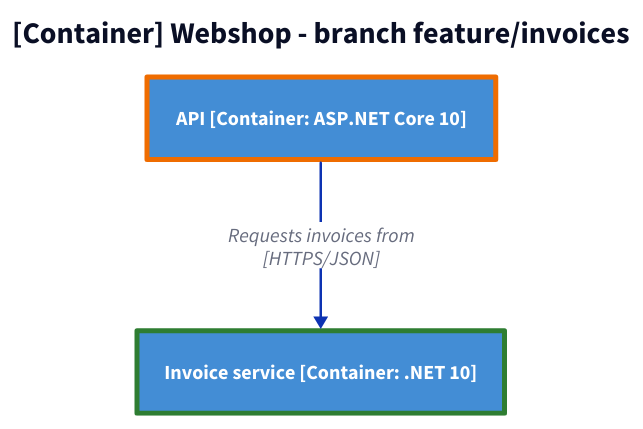
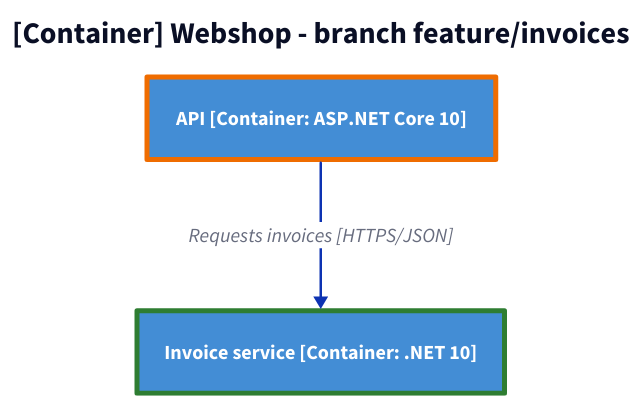
Before and after one commit to ATkingma/KingmaDoc: the diagram in skill/explaining-code/reference/arc42.md, drawn with D2. The commit also changed other lines of this file and 21 other files, not shown here.

````diff
--- a/skill/explaining-code/reference/arc42.md
+++ b/skill/explaining-code/reference/arc42.md
@@ -79,18 +97,18 @@
 ```d2
 classes: {
   container: {shape: rectangle; style: {fill: "#438dd5"; stroke: "#3c7fc0"; font-color: "#ffffff"}}
   new: {style: {stroke: "#2e7d32"; stroke-width: 4}}
   changed: {style: {stroke: "#ef6c00"; stroke-width: 4}}
 }
 title: "[Container] Webshop - branch feature/invoices" {shape: text; near: top-center; style: {font-size: 24; bold: true}}
 direction: down
 vars: {
   d2-legend: {
     n: New in this branch {class: [container; new]}
     c: Changed in this branch {class: [container; changed]}
   }
 }
 api: "API [Container: ASP.NET Core 10]" {class: [container; changed]}
 invoices: "Invoice service [Container: .NET 10]" {class: [container; new]}
-api -> invoices: "Requests invoices from\n[HTTPS/JSON]"
+api -> invoices: "Requests invoices [HTTPS/JSON]"
 ```
````
